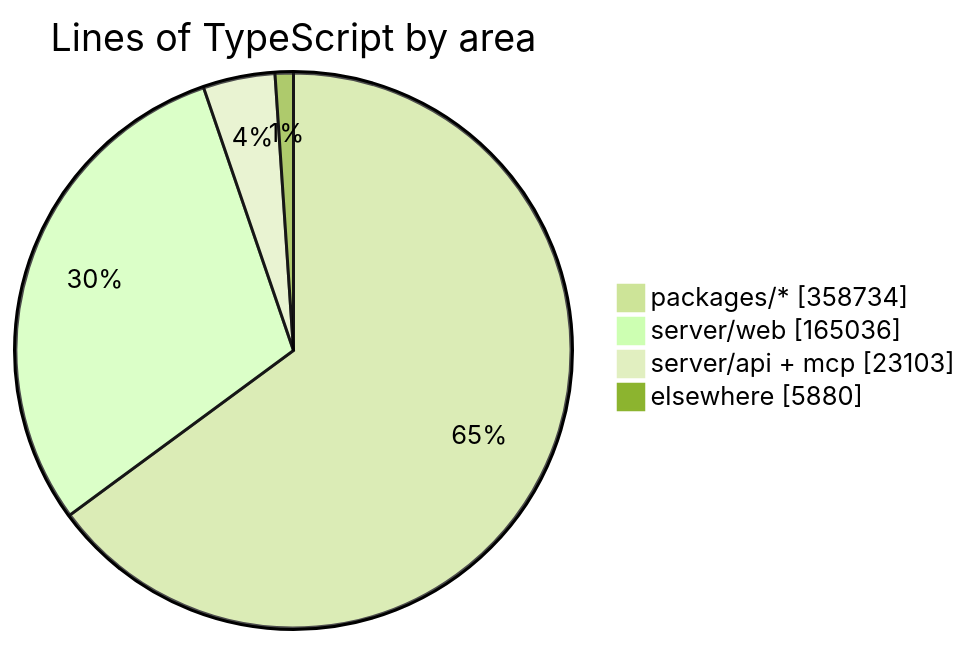
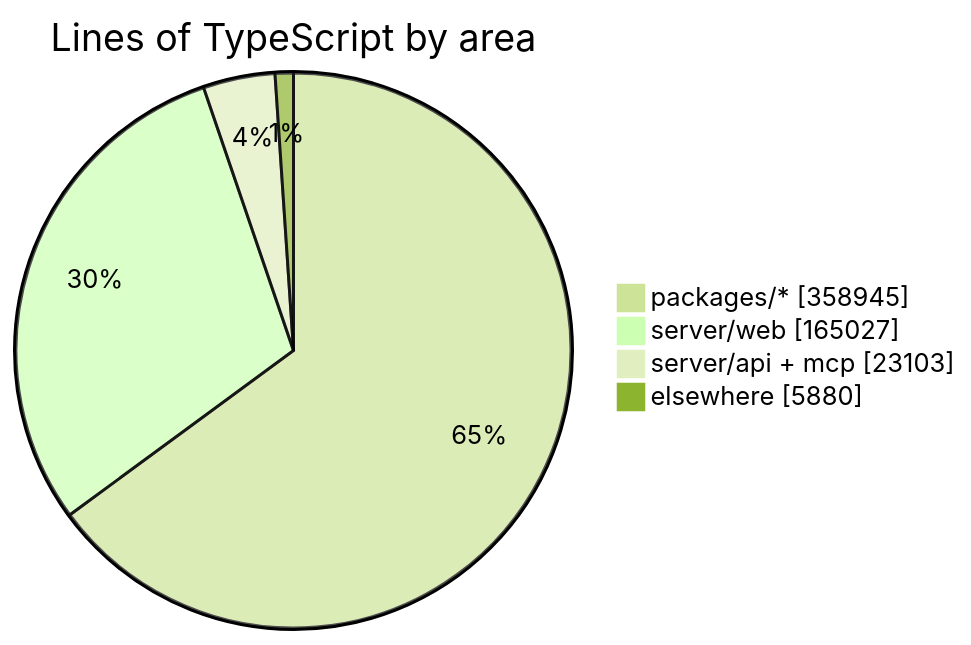
The diagram in README.md (crossworks-engineering/mantle), drawn with Mermaid (forest theme) before and after one commit. The commit also changed other lines of this file and 2 other files, not shown here.

````diff
--- a/README.md
+++ b/README.md
@@ -294,7 +294,7 @@
 ```mermaid
 pie showData title Lines of TypeScript by area
-    "packages/*" : 358734
-    "server/web" : 165036
+    "packages/*" : 358945
+    "server/web" : 165027
     "server/api + mcp" : 23103
     "elsewhere" : 5880
 ```
````
